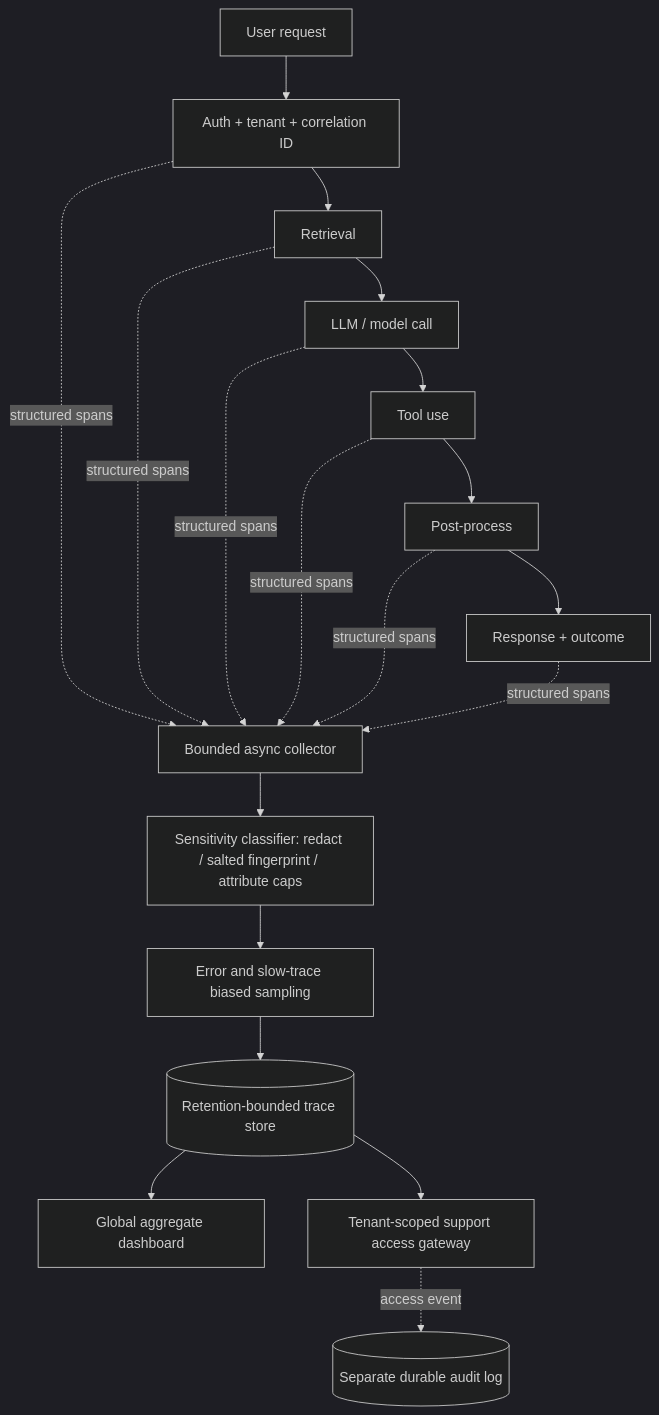
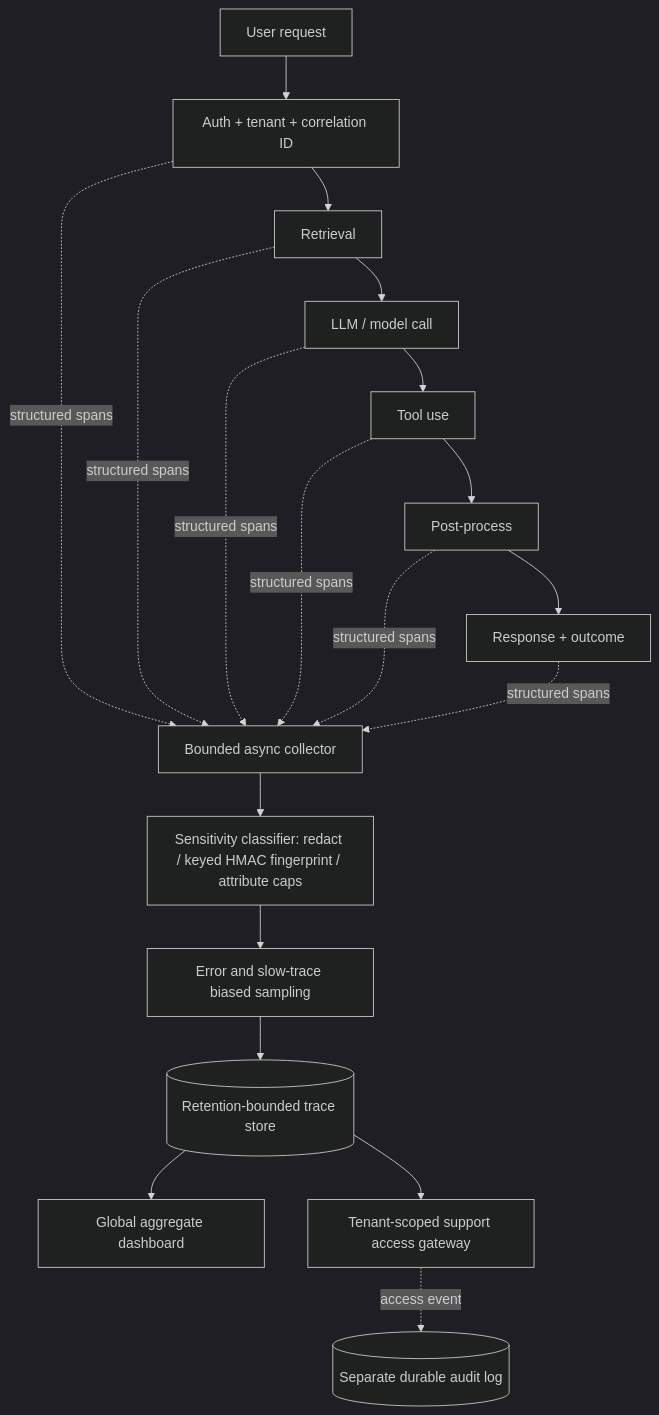
Before and after one commit to Sourav692/AI-ENGINEERING-DEMYSTIFIED: the diagram in 06_Interview_Prep/Case_Study_Groups/G14_Observability_And_Production_Diagnosis/G14_Observability_And_Production_Diagnosis_Main.md, drawn with Mermaid (dark theme). The commit also changed other lines of this file and 182 other files, not shown here.

````diff
--- a/06_Interview_Prep/Case_Study_Groups/G14_Observability_And_Production_Diagnosis/G14_Observability_And_Production_Diagnosis_Main.md
+++ b/06_Interview_Prep/Case_Study_Groups/G14_Observability_And_Production_Diagnosis/G14_Observability_And_Production_Diagnosis_Main.md
@@ -78,12 +78,12 @@
 ```mermaid
 flowchart TB
   U[User request] --> A[Auth + tenant + correlation ID]
   A --> R[Retrieval] --> M[LLM / model call] --> T[Tool use] --> P[Post-process] --> O[Response + outcome]
   A & R & M & T & P & O -. structured spans .-> B[Bounded async collector]
-  B --> C[Sensitivity classifier: redact / salted fingerprint / attribute caps]
+  B --> C[Sensitivity classifier: redact / keyed HMAC fingerprint / attribute caps]
   C --> S[Error and slow-trace biased sampling]
   S --> D[(Retention-bounded trace store)]
   D --> G[Global aggregate dashboard]
   D --> V[Tenant-scoped support access gateway]
   V -. access event .-> Q[(Separate durable audit log)]
 ```
````
